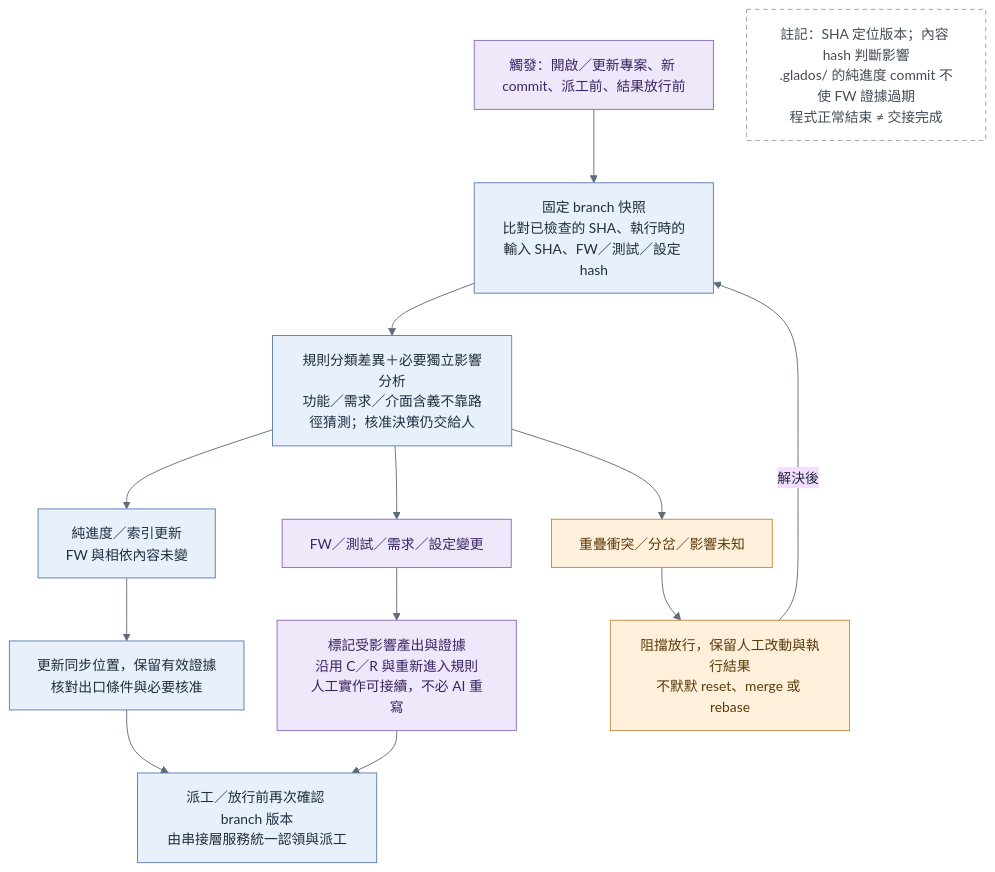
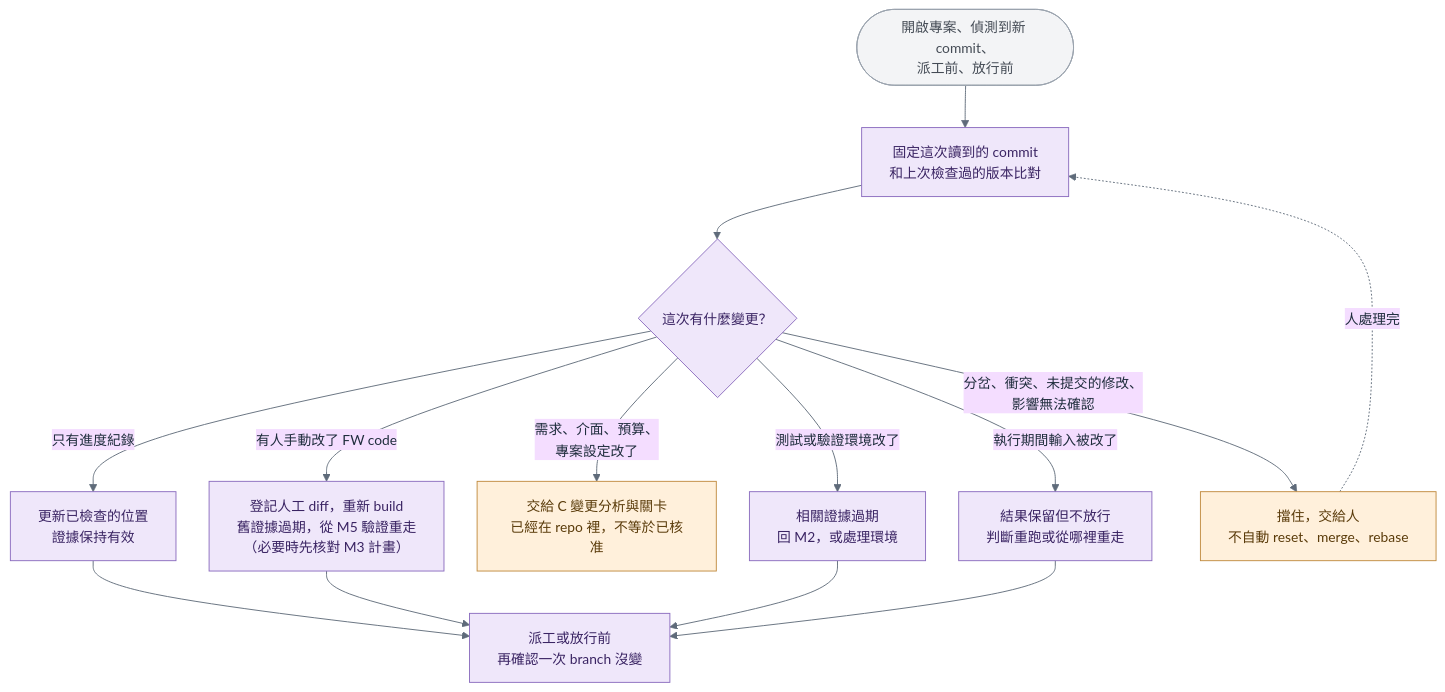
One commit to kevintsou/glados changed the diagram in diagrams/glados_sync_flow.mmd. Above: the diagram before and after it, drawn with Mermaid. The commit also changed 16 other files, not shown here.

First line of the commit message:
docs: redraw all GLADOS diagrams and align them with the spec text

```diff
--- a/diagrams/glados_sync_flow.mmd
+++ b/diagrams/glados_sync_flow.mmd
@@ -1,18 +1,20 @@
 %%{init: {"theme":"base","themeVariables":{"fontSize":"15px","lineColor":"#5F6B7A","primaryTextColor":"#1F2D3D"},"flowchart":{"curve":"basis","nodeSpacing":36,"rankSpacing":46,"htmlLabels":true}}}%%
 flowchart TD
-  T["觸發：開啟／更新專案、新 commit、派工前、結果放行前"]:::route --> SNAP["固定 branch 快照<br/>比對已檢查的 SHA、執行時的輸入 SHA、FW／測試／設定 hash"]:::exec
-  SNAP --> AN["規則分類差異＋必要獨立影響分析<br/>功能／需求／介面含義不靠路徑猜測；核准決策仍交給人"]:::exec
-  AN --> META["純進度／索引更新<br/>FW 與相依內容未變"]:::exec
-  AN --> CHG["FW／測試／需求／設定變更"]:::route
-  AN --> CON["重疊衝突／分岔／影響未知"]:::human
-  META --> OK["更新同步位置，保留有效證據<br/>核對出口條件與必要核准"]:::exec
-  CHG --> INV["標記受影響產出與證據<br/>沿用 C／R 與重新進入規則<br/>人工實作可接續，不必 AI 重寫"]:::route
-  CON --> BLK["阻擋放行，保留人工改動與執行結果<br/>不默默 reset、merge 或 rebase"]:::human
-  BLK -->|解決後| SNAP
-  OK --> GUARD["派工／放行前再次確認 branch 版本<br/>由串接層服務統一認領與派工"]:::exec
-  INV --> GUARD
-  N["註記：SHA 定位版本；內容 hash 判斷影響<br/>.glados/ 的純進度 commit 不使 FW 證據過期<br/>程式正常結束 ≠ 交接完成"]:::note
+  T(["開啟專案、偵測到新 commit、<br/>派工前、放行前"]):::ext --> SNAP["固定這次讀到的 commit<br/>和上次檢查過的版本比對"]:::route
+  SNAP --> K{"這次有什麼變更？"}:::route
+  K -->|"只有進度紀錄"| A1["更新已檢查的位置<br/>證據保持有效"]:::route
+  K -->|"有人手動改了 FW code"| A2["登記人工 diff，重新 build<br/>舊證據過期，從 M5 驗證重走<br/>（必要時先核對 M3 計畫）"]:::route
+  K -->|"需求、介面、預算、<br/>專案設定改了"| A3["交給 C 變更分析與關卡<br/>已經在 repo 裡，不等於已核准"]:::human
+  K -->|"測試或驗證環境改了"| A4["相關證據過期<br/>回 M2，或處理環境"]:::route
+  K -->|"執行期間輸入被改了"| A5["結果保留但不放行<br/>判斷重跑或從哪裡重走"]:::route
+  K -->|"分岔、衝突、未提交的修改、<br/>影響無法確認"| A6["擋住，交給人<br/>不自動 reset、merge、rebase"]:::human
+  A6 -. "人處理完" .-> SNAP
+  A1 --> OK["派工或放行前<br/>再確認一次 branch 沒變"]:::route
+  A2 --> OK
+  A4 --> OK
+  A5 --> OK
   classDef exec fill:#E8F0FB,stroke:#5B7DB1,color:#1F2D3D;
   classDef human fill:#FFF0DB,stroke:#C08A3E,color:#5A3B0A;
   classDef route fill:#EFE7FA,stroke:#8A6BBE,color:#3A2463;
-  classDef note fill:#FFFFFF,stroke:#9AA3AE,stroke-dasharray:5 4,color:#444B55;
+  classDef store fill:#E6F4EA,stroke:#4E9A6A,color:#1E4D2B;
+  classDef ext fill:#F3F4F6,stroke:#9AA3AE,color:#444B55;
```
